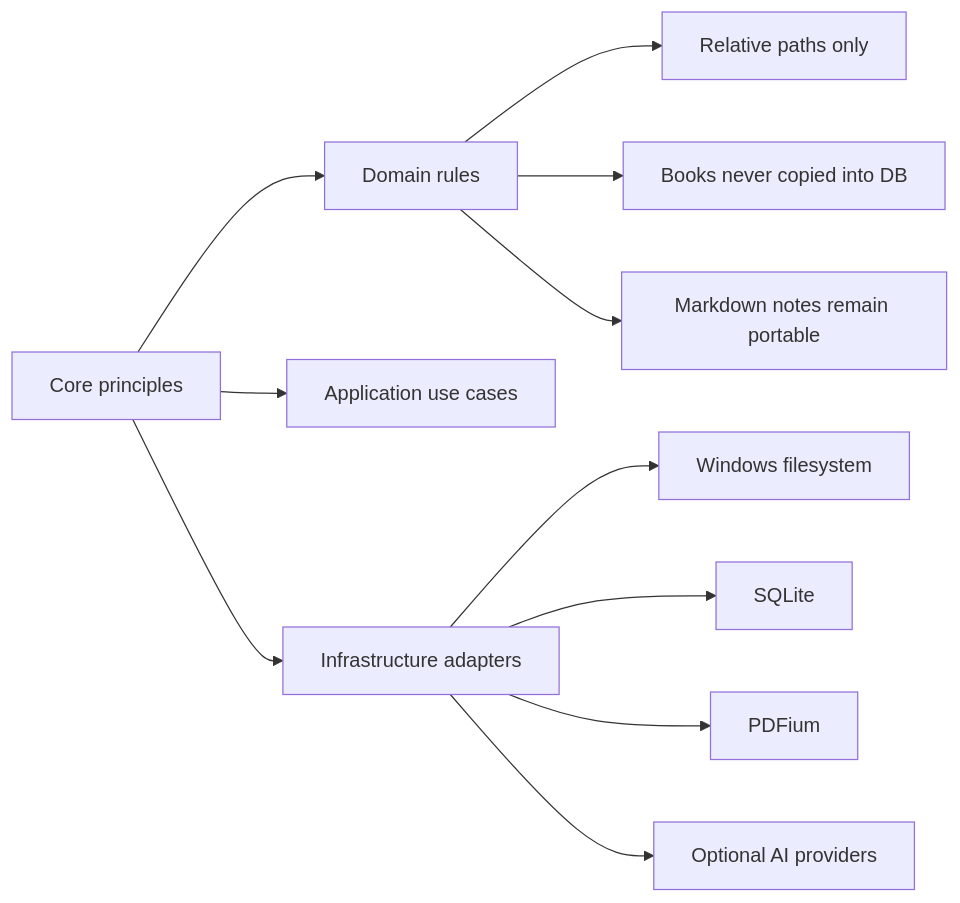
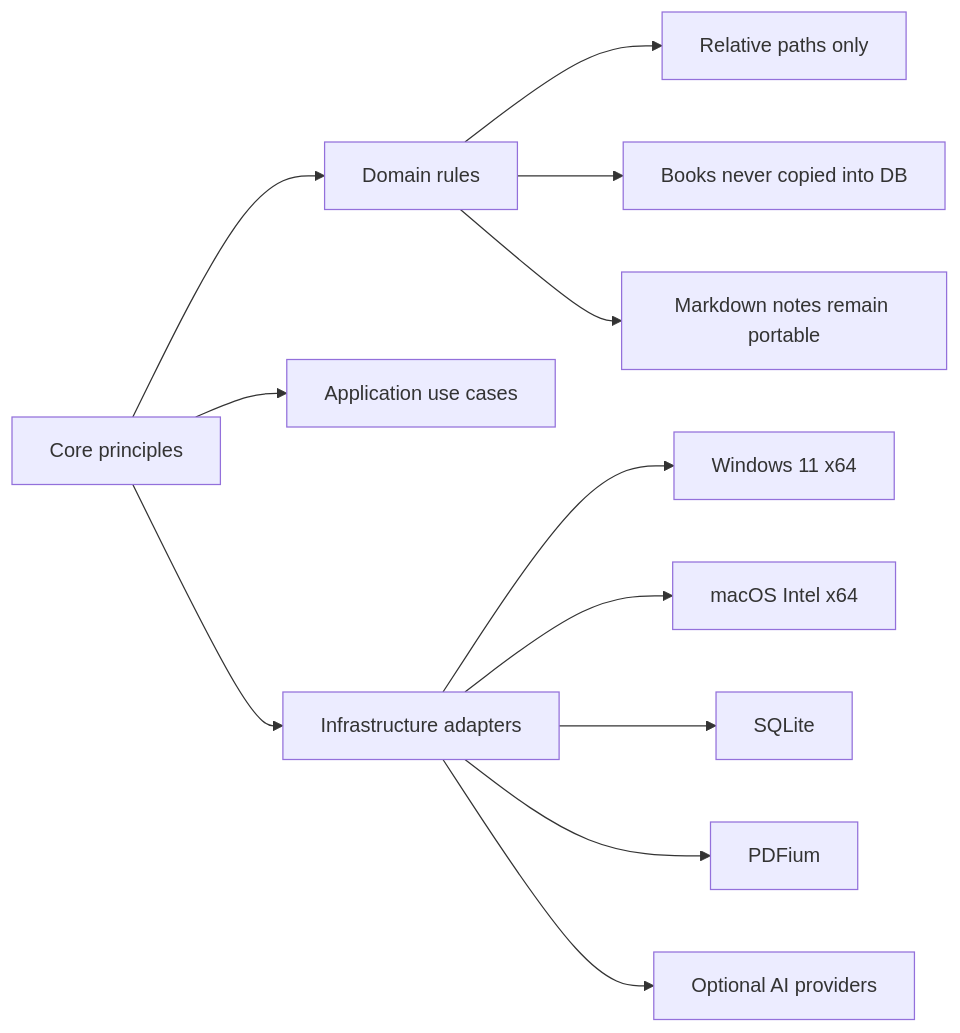
The diagram in docs/00-overview/principles.md (vuthanhdat/book-library), drawn with Mermaid before and after one commit. The commit also changed other lines of this file, not shown here.

````diff
--- a/docs/00-overview/principles.md
+++ b/docs/00-overview/principles.md
@@ -37,13 +40,14 @@
 ```mermaid
 flowchart LR
     Principles["Core principles"] --> Domain["Domain rules"]
     Principles --> UseCases["Application use cases"]
     Principles --> Adapters["Infrastructure adapters"]
     Domain --> Invariant1["Relative paths only"]
     Domain --> Invariant2["Books never copied into DB"]
     Domain --> Invariant3["Markdown notes remain portable"]
-    Adapters --> FileSystem["Windows filesystem"]
+    Adapters --> Windows["Windows 11 x64"]
+    Adapters --> Mac["macOS Intel x64"]
     Adapters --> SQLite["SQLite"]
     Adapters --> PDFium["PDFium"]
     Adapters --> OptionalAI["Optional AI providers"]
 ```
````
